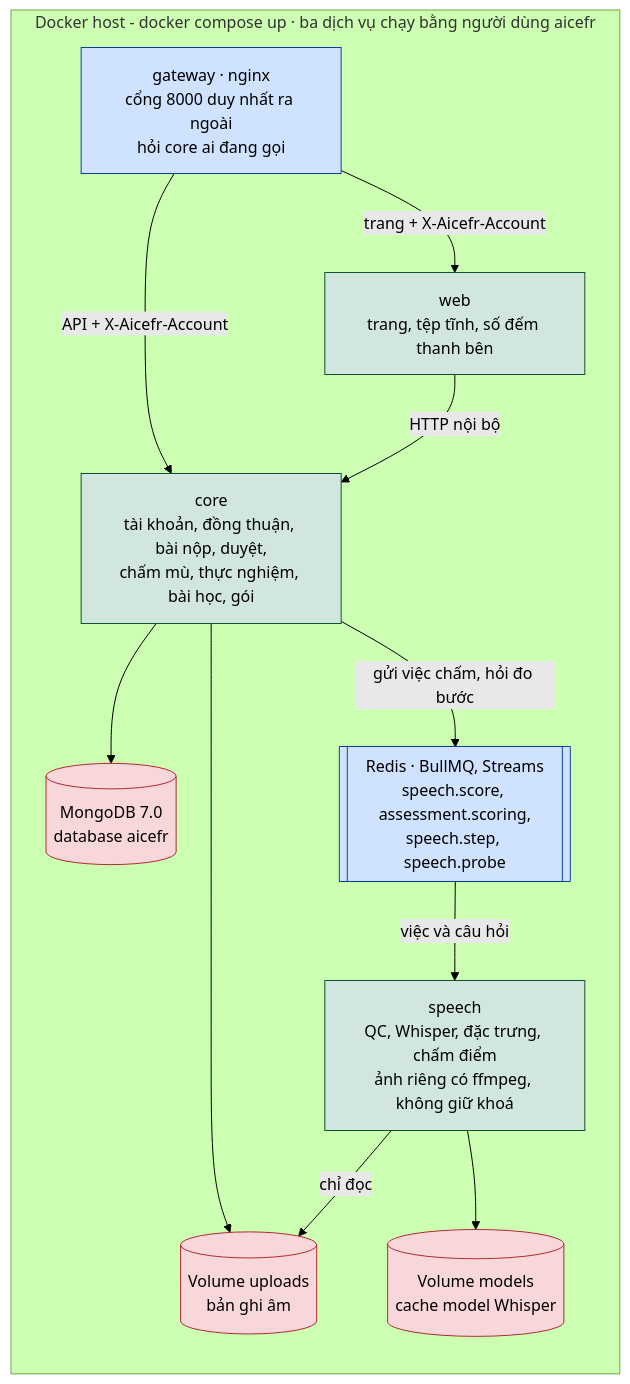
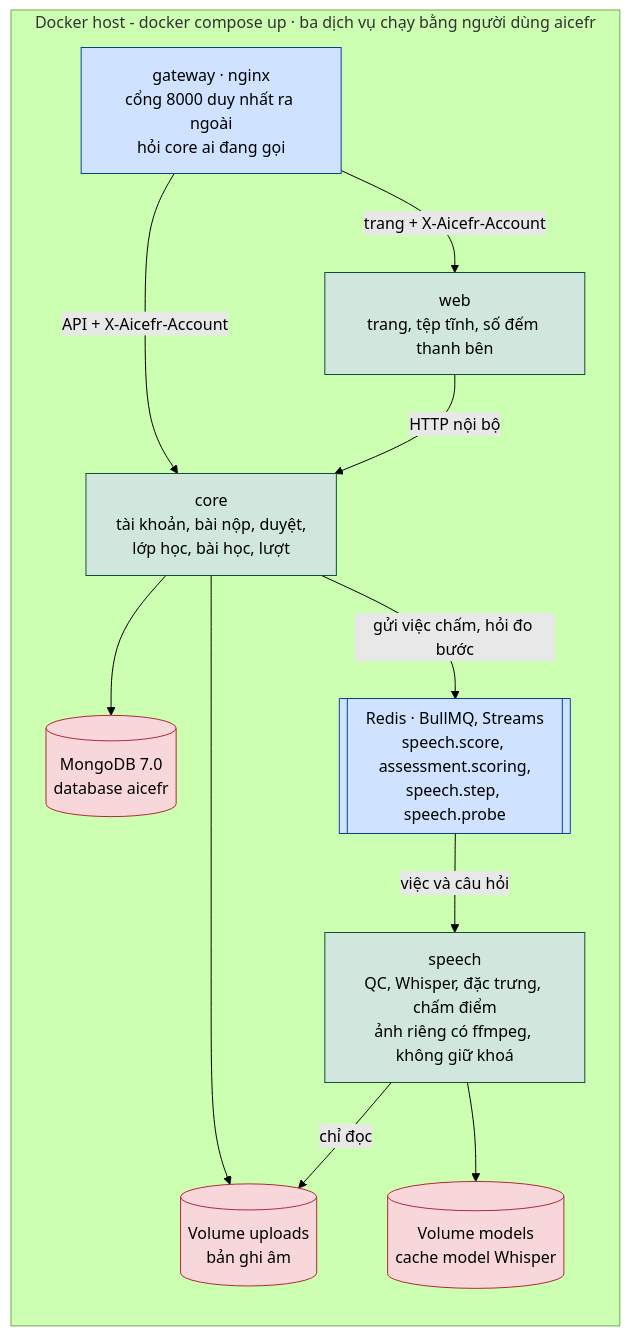
One commit to ThanhSangLouis/ai-assessor-cefr changed the ninth of 11 diagrams in docs/sdd/SDD.md. Above: the diagram before and after it, drawn with Mermaid (forest theme). The commit also changed other lines of this file and 106 other files, not shown here.

````diff
--- a/docs/sdd/SDD.md
+++ b/docs/sdd/SDD.md
@@ -1401,35 +1329,35 @@
 ```mermaid
 %% SDD - Diagram 06: Deployment diagram - sau D044, D048, D050
 %% Ve dung docker-compose.yml va Dockerfile: mot gateway nginx, ba dich vu
 %% (core, speech, web), MongoDB mot database aicefr, Redis (BullMQ), hai volume. Mot
 %% may chay tat ca (aicefr.api.main) van dung duoc cho phat trien va kiem thu.
 flowchart TB
     subgraph HOST["Docker host - docker compose up · ba dịch vụ chạy bằng người dùng aicefr"]
         direction TB
         GW["gateway · nginx<br/>cổng 8000 duy nhất ra ngoài<br/>hỏi core ai đang gọi"]
-        CO["core<br/>tài khoản, đồng thuận, bài nộp, duyệt,<br/>chấm mù, thực nghiệm, bài học, gói"]
+        CO["core<br/>tài khoản, bài nộp, duyệt,<br/>lớp học, bài học, lượt"]
         WE["web<br/>trang, tệp tĩnh, số đếm thanh bên"]
         SP["speech<br/>QC, Whisper, đặc trưng, chấm điểm<br/>ảnh riêng có ffmpeg, không giữ khoá"]
         PG[("MongoDB 7.0<br/>database aicefr")]
         MQ[["Redis · BullMQ, Streams<br/>speech.score, assessment.scoring,<br/>speech.step, speech.probe"]]
         V1[("Volume uploads<br/>bản ghi âm")]
         V2[("Volume models<br/>cache model Whisper")]
     end
 
     GW -->|"API + X-Aicefr-Account"| CO
     GW -->|"trang + X-Aicefr-Account"| WE
     WE -->|"HTTP nội bộ"| CO
     CO --> PG
     CO -->|"gửi việc chấm, hỏi đo bước"| MQ
     MQ -->|"việc và câu hỏi"| SP
     CO --> V1
     SP -->|"chỉ đọc"| V1
     SP --> V2
 
     classDef data fill:#f8d7da,stroke:#b02a37,color:#000
     classDef app fill:#d1e7dd,stroke:#0f5132,color:#000
     classDef edge fill:#cfe2ff,stroke:#084298,color:#000
     class PG,V1,V2 data
     class CO,WE,SP app
     class GW,MQ edge
 ```
````
